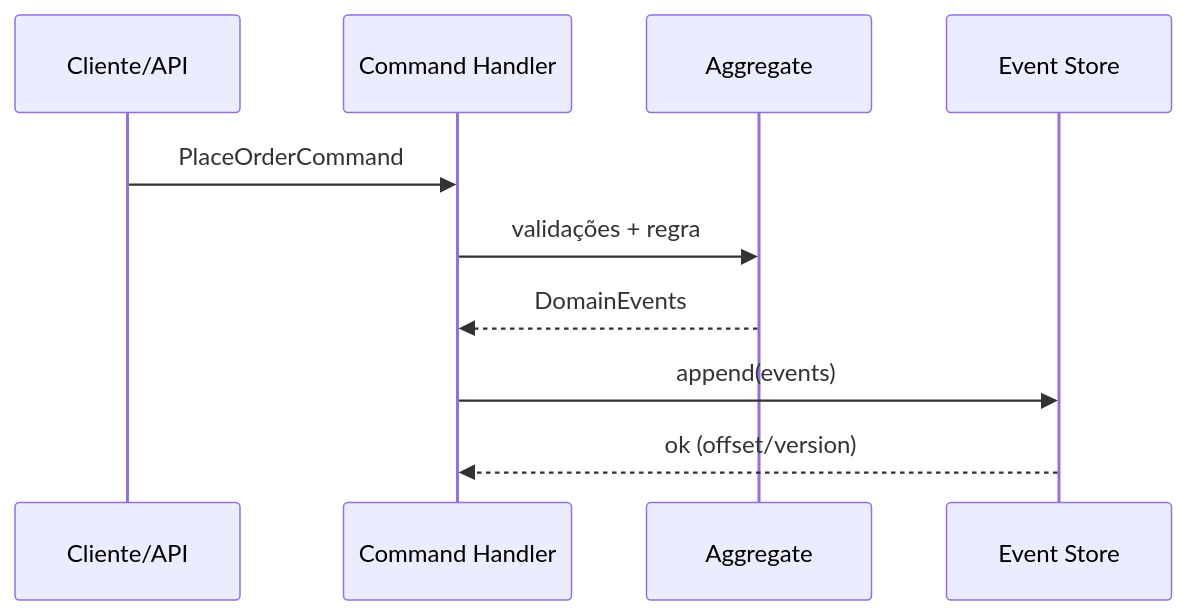
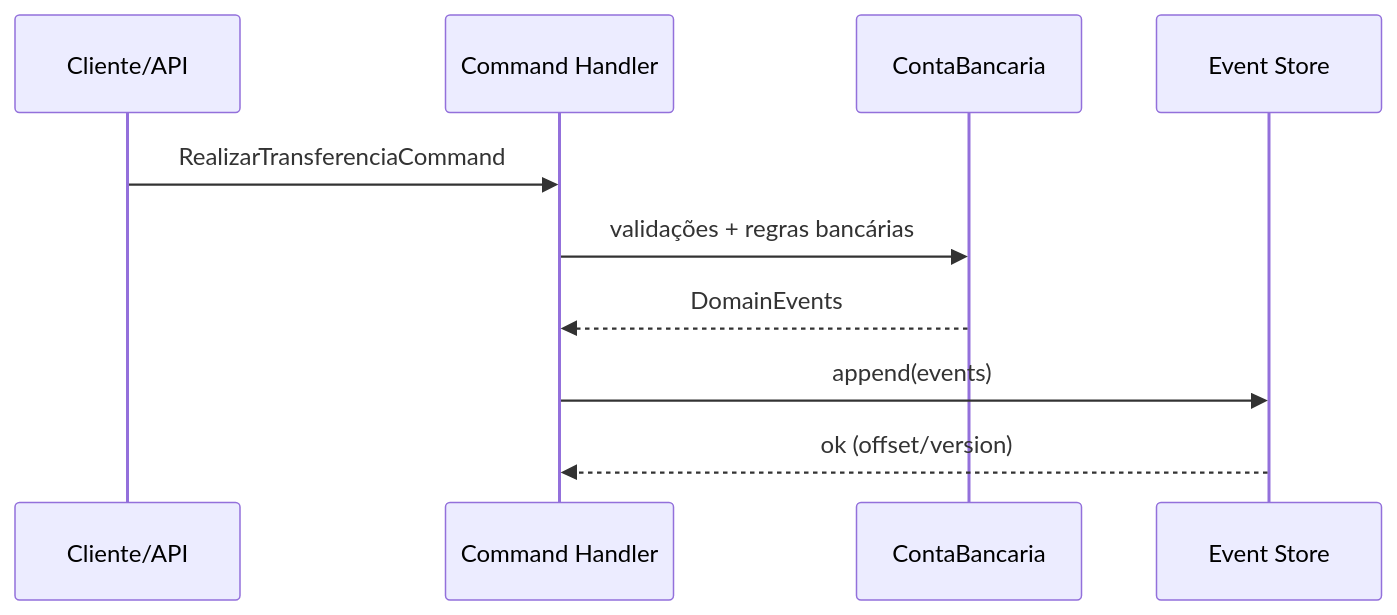
Before and after one commit to rafaelsdiasdev/rafaelsdias.dev: the second of 4 diagrams in src/content/blog/cqrs-event-sourcing-separando-escrita-leitura.md, drawn with Mermaid. The commit also changed other lines of this file, not shown here.

First line of the commit message:
fix: corrige diagramas para usar somente contexto bancário

````diff
--- a/src/content/blog/cqrs-event-sourcing-separando-escrita-leitura.md
+++ b/src/content/blog/cqrs-event-sourcing-separando-escrita-leitura.md
@@ -120,13 +120,13 @@
 ```mermaid
 sequenceDiagram
     participant C as Cliente/API
     participant CH as Command Handler
-    participant AGG as Aggregate
+    participant CONTA as ContaBancaria
     participant ES as Event Store
     
-    C->>CH: PlaceOrderCommand
-    CH->>AGG: validações + regra
-    AGG-->>CH: DomainEvents
+    C->>CH: RealizarTransferenciaCommand
+    CH->>CONTA: validações + regras bancárias
+    CONTA-->>CH: DomainEvents
     CH->>ES: append(events)
     ES-->>CH: ok (offset/version)
 ```
````
